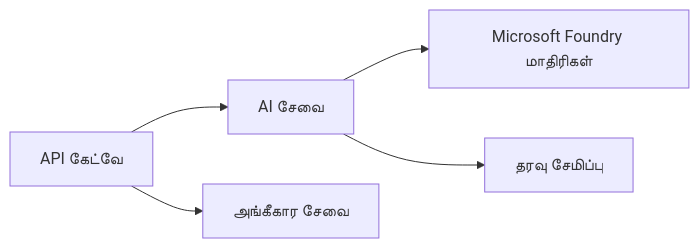
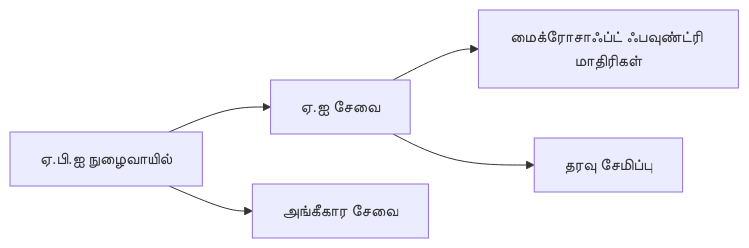
Before and after one commit to microsoft/AZD-for-beginners: the first of 2 diagrams in translations/ta/docs/chapter-08-production/README.md, drawn with Mermaid. The commit also changed other lines of this file and 104 other files, not shown here.

````diff
--- a/translations/ta/docs/chapter-08-production/README.md
+++ b/translations/ta/docs/chapter-08-production/README.md
@@ -48,6 +48,6 @@
 ```mermaid
 graph LR
-    Gateway[API கேட்வே] --> AI[AI சேவை] --> Models[Microsoft Foundry மாதிரிகள்]
+    Gateway[ஏ.பி.ஐ நுழைவாயில்] --> AI[ஏ.ஐ சேவை] --> Models[மைக்ரோசாஃப்ட் ஃபவுண்ட்ரி மாதிரிகள்]
     Gateway --> Auth[அங்கீகார சேவை]
     AI --> Data[தரவு சேமிப்பு]
 ```
````
